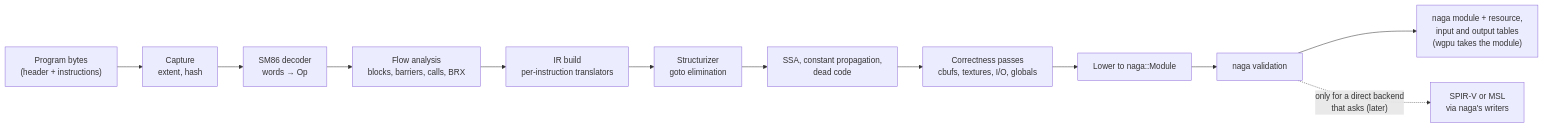
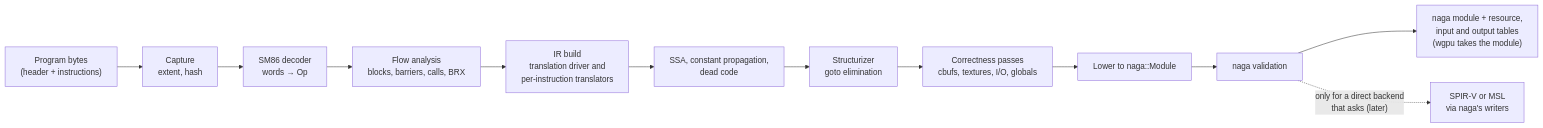
One commit to Syynth/starquake changed the diagram in docs/specs/shader-pipeline.md. Above: the diagram before and after it, drawn with Mermaid. The commit also changed other lines of this file and 6 other files, not shown here.

````diff
--- a/docs/specs/shader-pipeline.md
+++ b/docs/specs/shader-pipeline.md
@@ -193,14 +193,14 @@
 ```mermaid
 flowchart LR
     bytes["Program bytes<br/>(header + instructions)"] --> capture["Capture<br/>extent, hash"]
     capture --> decode["SM86 decoder<br/>words → Op"]
     decode --> flow["Flow analysis<br/>blocks, barriers, calls, BRX"]
-    flow --> build["IR build<br/>per-instruction translators"]
-    build --> struct["Structurizer<br/>goto elimination"]
-    struct --> ssa["SSA, constant propagation,<br/>dead code"]
-    ssa --> passes["Correctness passes<br/>cbufs, textures, I/O, globals"]
+    flow --> build["IR build<br/>translation driver and<br/>per-instruction translators"]
+    build --> ssa["SSA, constant propagation,<br/>dead code"]
+    ssa --> struct["Structurizer<br/>goto elimination"]
+    struct --> passes["Correctness passes<br/>cbufs, textures, I/O, globals"]
     passes --> lower["Lower to naga::Module"]
     lower --> valid["naga validation"]
     valid --> out["naga module + resource,<br/>input and output tables<br/>(wgpu takes the module)"]
     valid -.->|"only for a direct backend<br/>that asks (later)"| emit["SPIR-V or MSL<br/>via naga's writers"]
 ```
````
